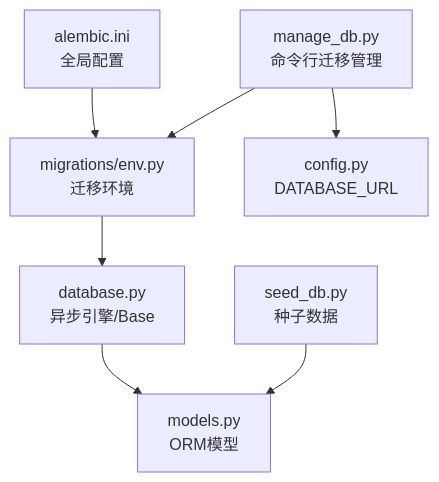
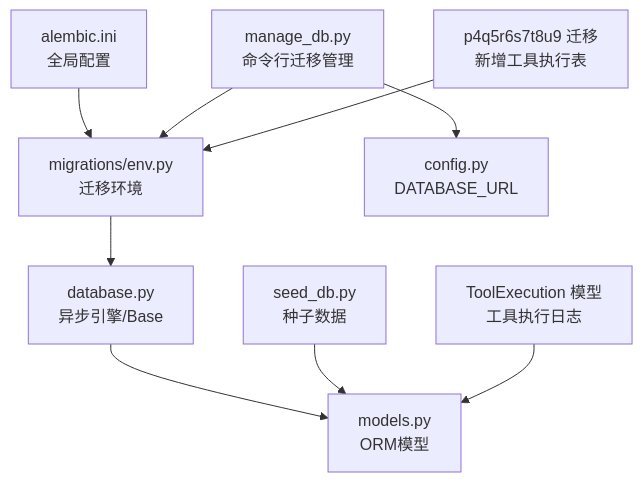
One commit to KunLabAI/KunFlix changed the first of 6 diagrams in .qoder/repowiki/zh/content/数据库设计/数据库迁移管理.md. Above: the diagram before and after it, drawn with Mermaid. The commit also changed other lines of this file and 15 other files, not shown here.

````diff
--- a/.qoder/repowiki/zh/content/数据库设计/数据库迁移管理.md
+++ b/.qoder/repowiki/zh/content/数据库设计/数据库迁移管理.md
@@ -44,9 +55,11 @@
 ```mermaid
 graph TB
 A["alembic.ini<br/>全局配置"] --> B["migrations/env.py<br/>迁移环境"]
 B --> C["database.py<br/>异步引擎/Base"]
 C --> D["models.py<br/>ORM模型"]
 E["manage_db.py<br/>命令行迁移管理"] --> B
 E --> F["config.py<br/>DATABASE_URL"]
 G["seed_db.py<br/>种子数据"] --> D
+H["ToolExecution 模型<br/>工具执行日志"] --> D
+I["p4q5r6s7t8u9 迁移<br/>新增工具执行表"] --> B
 ```
````
